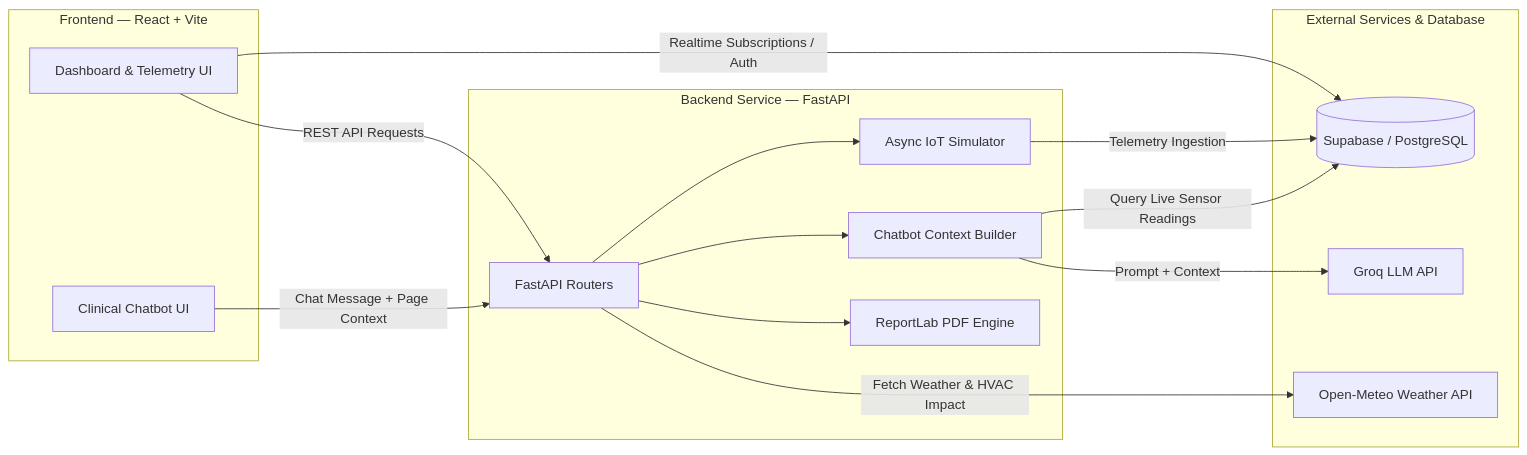
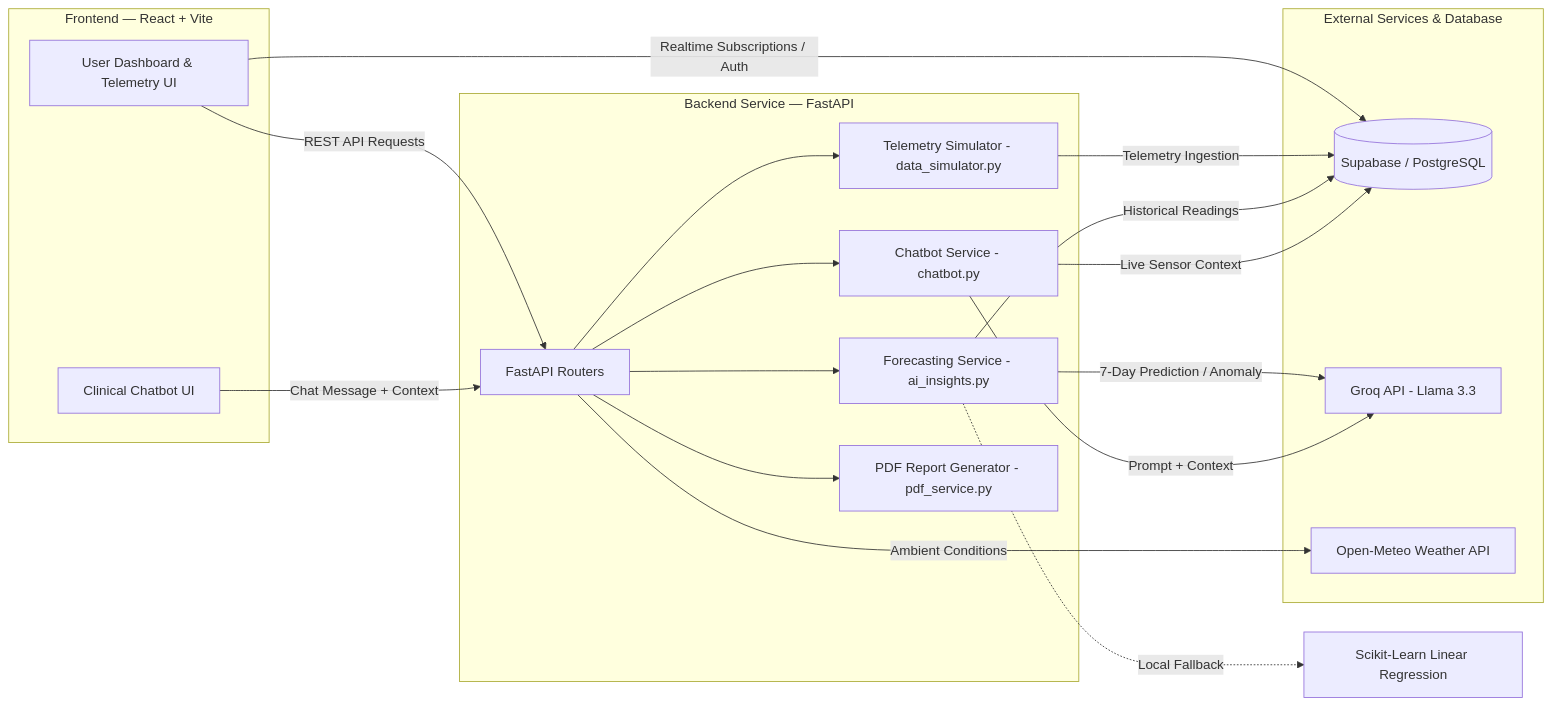
The diagram in README.md (spoortibiradar8/Clinergy), drawn with Mermaid before and after one commit. The commit also changed other lines of this file, not shown here.

Commit message:
docs: remove placeholders, add architecture and backend setup

````diff
--- a/README.md
+++ b/README.md
@@ -56,31 +62,36 @@
 ```mermaid
 flowchart LR
-    subgraph Client [Frontend — React + Vite]
-        UI[Dashboard & Telemetry UI]
+    subgraph Frontend [Frontend — React + Vite]
+        UI[User Dashboard & Telemetry UI]
         ChatUI[Clinical Chatbot UI]
     end
 
     subgraph Backend [Backend Service — FastAPI]
         API[FastAPI Routers]
-        Sim[Async IoT Simulator]
-        ChatSvc[Chatbot Context Builder]
-        PDF[ReportLab PDF Engine]
+        Sim[Telemetry Simulator - data_simulator.py]
+        Forecast[Forecasting Service - ai_insights.py]
+        ChatSvc[Chatbot Service - chatbot.py]
+        PDF[PDF Report Generator - pdf_service.py]
     end
 
     subgraph External [External Services & Database]
         DB[(Supabase / PostgreSQL)]
-        Groq[Groq LLM API]
+        Groq[Groq API - Llama 3.3]
         Weather[Open-Meteo Weather API]
     end
 
     UI -->|Realtime Subscriptions / Auth| DB
     UI -->|REST API Requests| API
-    ChatUI -->|Chat Message + Page Context| API
+    ChatUI -->|Chat Message + Context| API
     API --> Sim
     Sim -->|Telemetry Ingestion| DB
+    API --> Forecast
+    Forecast -->|Historical Readings| DB
+    Forecast -->|7-Day Prediction / Anomaly| Groq
+    Forecast -.->|Local Fallback| Sklearn[Scikit-Learn Linear Regression]
     API --> ChatSvc
-    ChatSvc -->|Query Live Sensor Readings| DB
+    ChatSvc -->|Live Sensor Context| DB
     ChatSvc -->|Prompt + Context| Groq
-    API -->|Fetch Weather & HVAC Impact| Weather
+    API -->|Ambient Conditions| Weather
     API --> PDF
 ```
````
